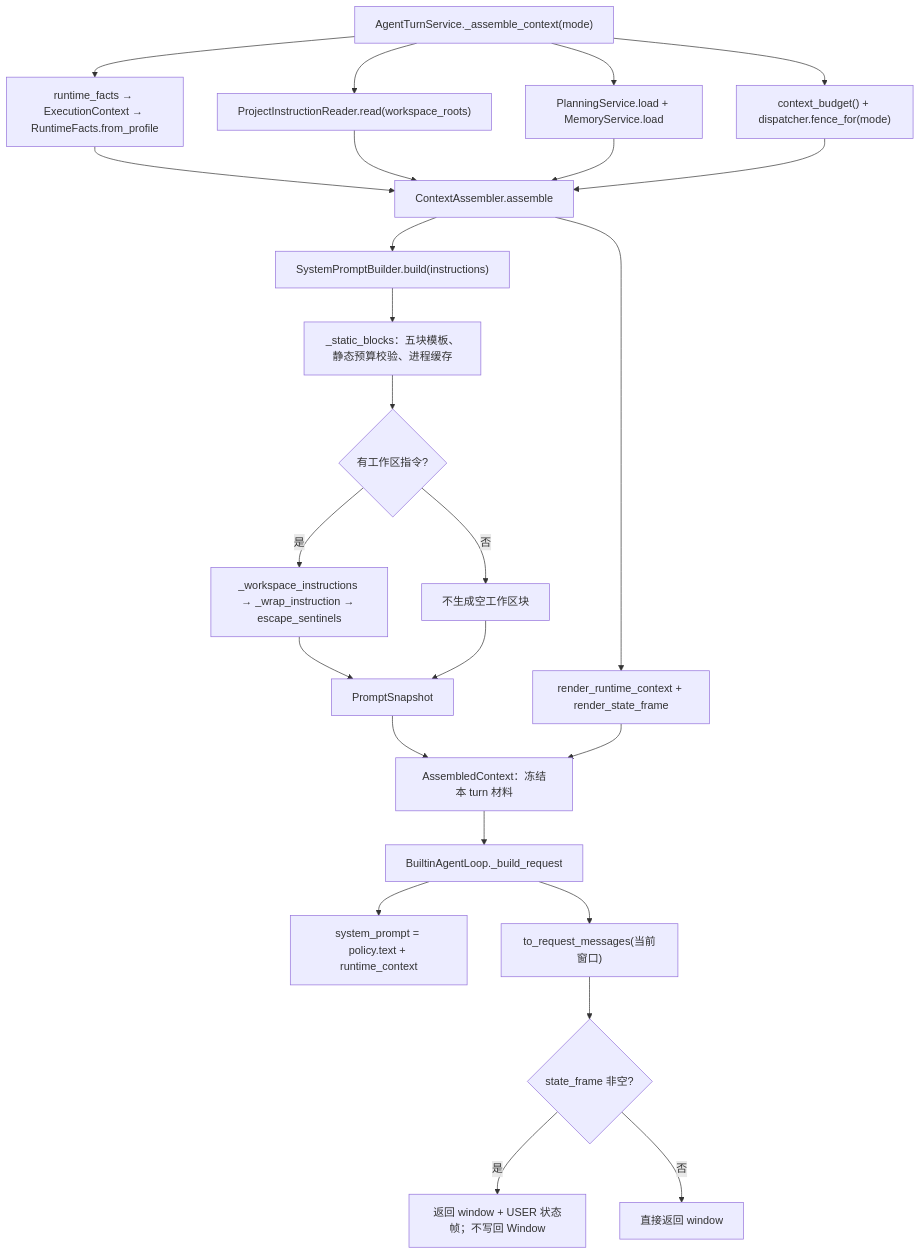
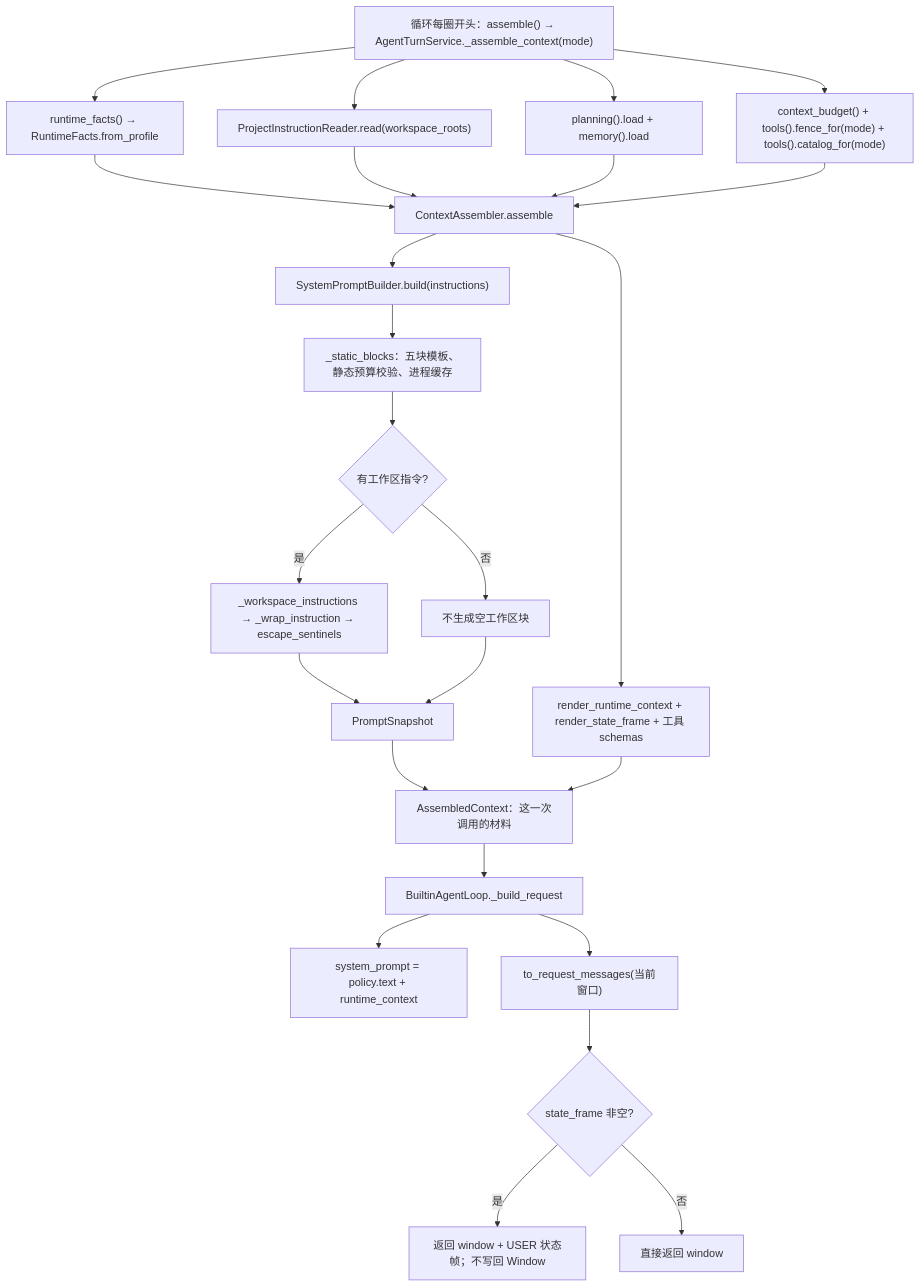
One commit to qubaolai/ForgeCLI changed diagram 15 of 54 in docs/06-代码阅读线路.md. Above: the diagram before and after it, drawn with Mermaid. The commit also changed other lines of this file and 59 other files, not shown here.

````diff
--- a/docs/06-代码阅读线路.md
+++ b/docs/06-代码阅读线路.md
@@ -661,27 +683,27 @@
 ```mermaid
 flowchart TD
-    A["AgentTurnService._assemble_context(mode)"] --> B["runtime_facts → ExecutionContext → RuntimeFacts.from_profile"]
+    A["循环每圈开头：assemble() → AgentTurnService._assemble_context(mode)"] --> B["runtime_facts() → RuntimeFacts.from_profile"]
     A --> C["ProjectInstructionReader.read(workspace_roots)"]
-    A --> D["PlanningService.load + MemoryService.load"]
-    A --> E["context_budget() + dispatcher.fence_for(mode)"]
+    A --> D["planning().load + memory().load"]
+    A --> E["context_budget() + tools().fence_for(mode) + tools().catalog_for(mode)"]
     B --> F["ContextAssembler.assemble"]
     C --> F
     D --> F
     E --> F
     F --> G["SystemPromptBuilder.build(instructions)"]
     G --> H["_static_blocks：五块模板、静态预算校验、进程缓存"]
     H --> I{"有工作区指令?"}
     I -->|是| J["_workspace_instructions → _wrap_instruction → escape_sentinels"]
     I -->|否| K["不生成空工作区块"]
     J --> L["PromptSnapshot"]
     K --> L
-    F --> M["render_runtime_context + render_state_frame"]
-    L --> N["AssembledContext：冻结本 turn 材料"]
+    F --> M["render_runtime_context + render_state_frame + 工具 schemas"]
+    L --> N["AssembledContext：这一次调用的材料"]
     M --> N
     N --> O["BuiltinAgentLoop._build_request"]
     O --> P["system_prompt = policy.text + runtime_context"]
     O --> Q["to_request_messages(当前窗口)"]
     Q --> R{"state_frame 非空?"}
     R -->|是| S["返回 window + USER 状态帧；不写回 Window"]
     R -->|否| T["直接返回 window"]
 ```
````
